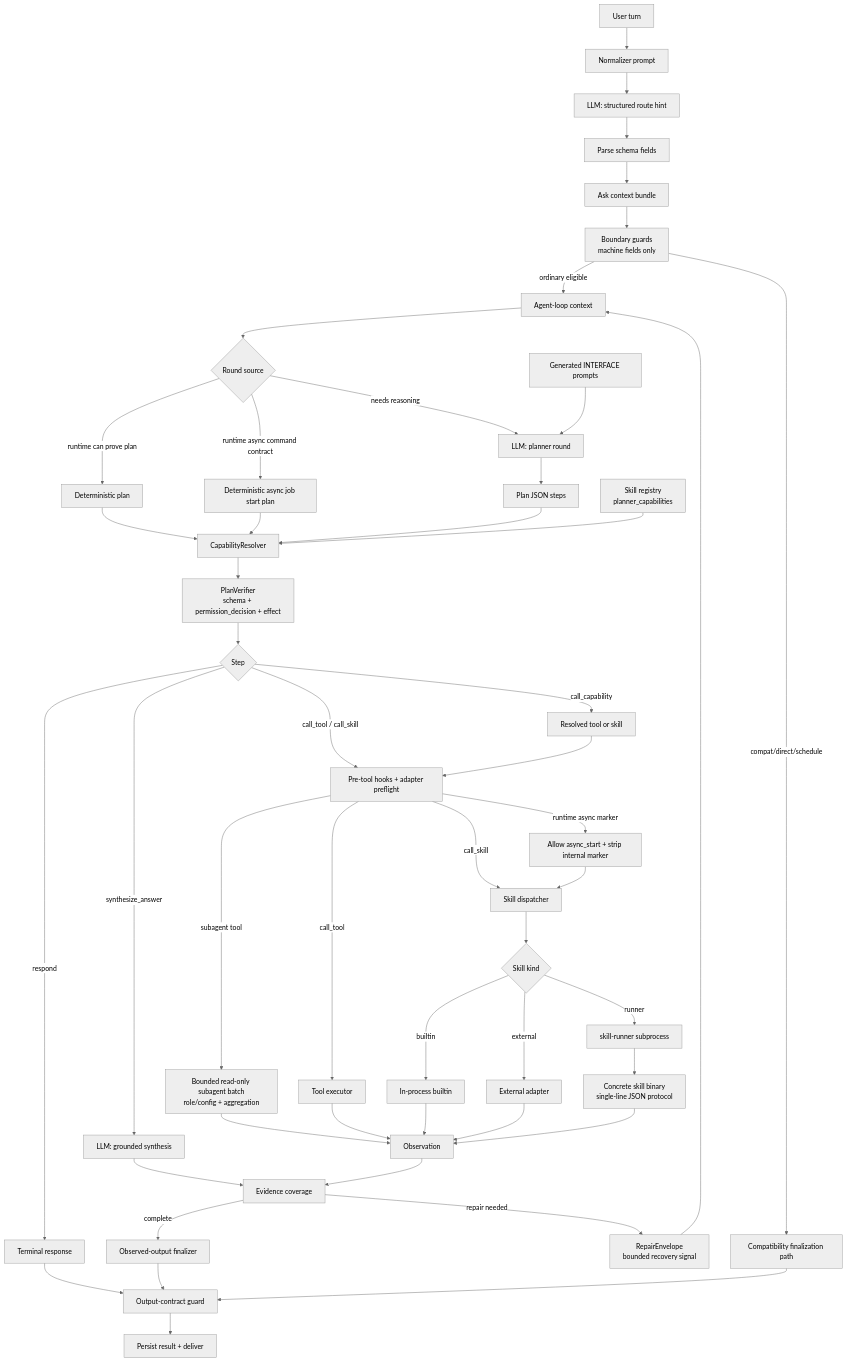
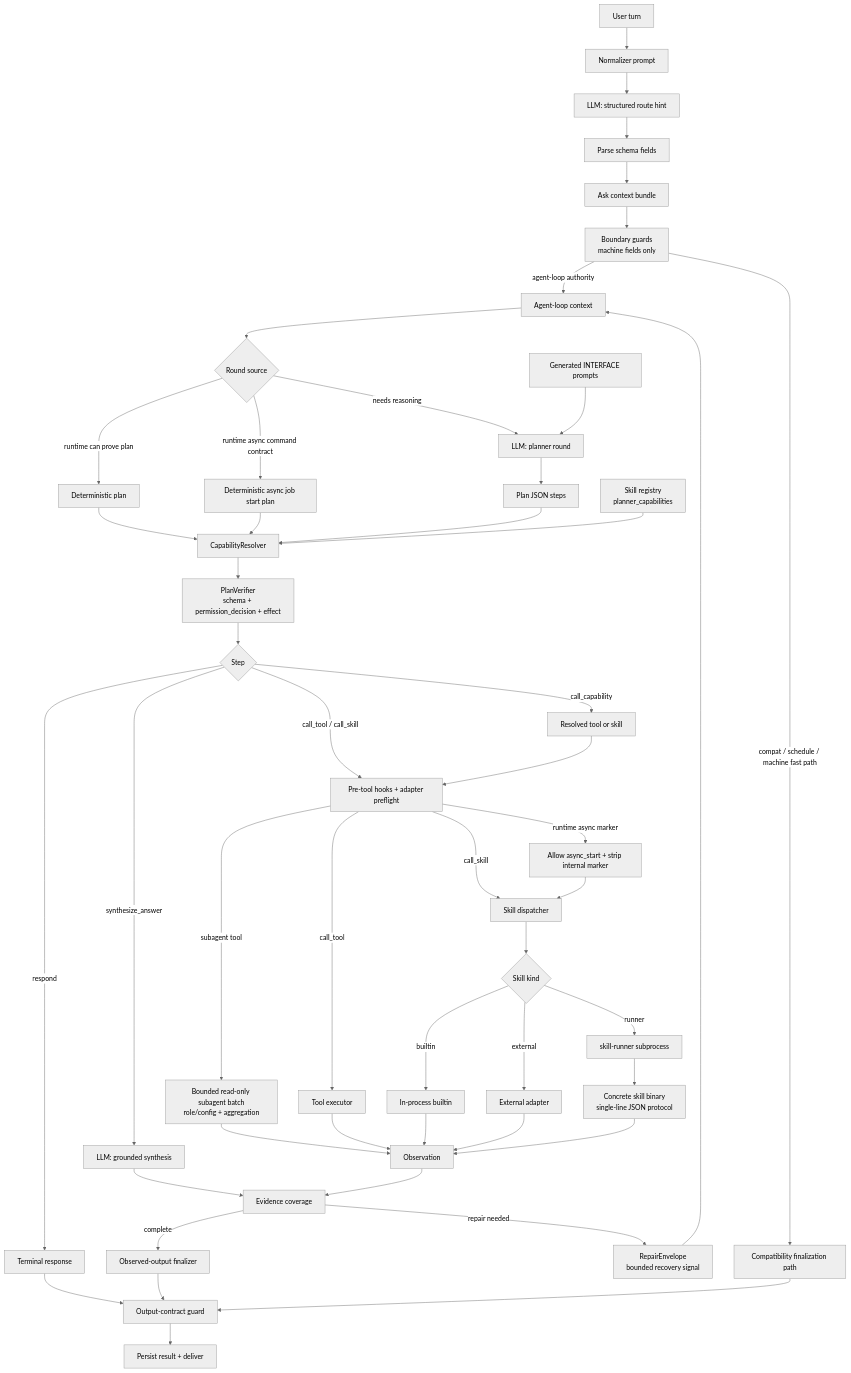
Before and after one commit to MatrixCoreX/RustClaw: the second of 3 diagrams in README.md, drawn with Mermaid (neutral theme). The commit also changed other lines of this file and 4 other files, not shown here.

Commit message:
Update agent loop documentation for default authority

````diff
--- a/README.md
+++ b/README.md
@@ -116,51 +116,51 @@
 ```mermaid
 flowchart TD
     A[User turn] --> B[Normalizer prompt]
     B --> C[LLM: structured route hint]
     C --> D[Parse schema fields]
     D --> E[Ask context bundle]
     E --> F[Boundary guards<br/>machine fields only]
-    F -->|ordinary eligible| G[Agent-loop context]
-    F -->|compat/direct/schedule| H[Compatibility finalization path]
+    F -->|agent-loop authority| G[Agent-loop context]
+    F -->|compat / schedule / machine fast path| H[Compatibility finalization path]
     G --> I{Round source}
     I -->|runtime can prove plan| J[Deterministic plan]
     I -->|runtime async command contract| JA[Deterministic async job start plan]
     I -->|needs reasoning| K[LLM: planner round]
     K --> L[Plan JSON steps]
     J --> M[CapabilityResolver]
     JA --> M
     L --> M
     N[Skill registry<br/>planner_capabilities] --> M
     O[Generated INTERFACE prompts] --> K
     M --> P[PlanVerifier<br/>schema + permission_decision + effect]
     P --> Q{Step}
     Q -->|call_capability| R[Resolved tool or skill]
     Q -->|call_tool / call_skill| QA[Pre-tool hooks + adapter preflight]
     R --> QA
     QA -->|runtime async marker| AR[Allow async_start + strip internal marker]
     QA -->|subagent tool| SS[Bounded read-only subagent batch<br/>role/config + aggregation]
     QA -->|call_tool| S[Tool executor]
     QA -->|call_skill| T[Skill dispatcher]
     AR --> T
     T --> U{Skill kind}
     U -->|builtin| V[In-process builtin]
     U -->|external| W[External adapter]
     U -->|runner| X[skill-runner subprocess]
     X --> Y[Concrete skill binary<br/>single-line JSON protocol]
     SS --> Z
     S --> Z[Observation]
     V --> Z
     W --> Z
     Y --> Z
     Q -->|synthesize_answer| ZA[LLM: grounded synthesis]
     Q -->|respond| ZB[Terminal response]
     ZA --> ZC[Evidence coverage]
     Z --> ZC
     ZC -->|repair needed| ZR[RepairEnvelope<br/>bounded recovery signal]
     ZR --> G
     ZC -->|complete| ZD[Observed-output finalizer]
     ZB --> ZE[Output-contract guard]
     ZD --> ZE
     H --> ZE
     ZE --> ZF[Persist result + deliver]
 ```
````
